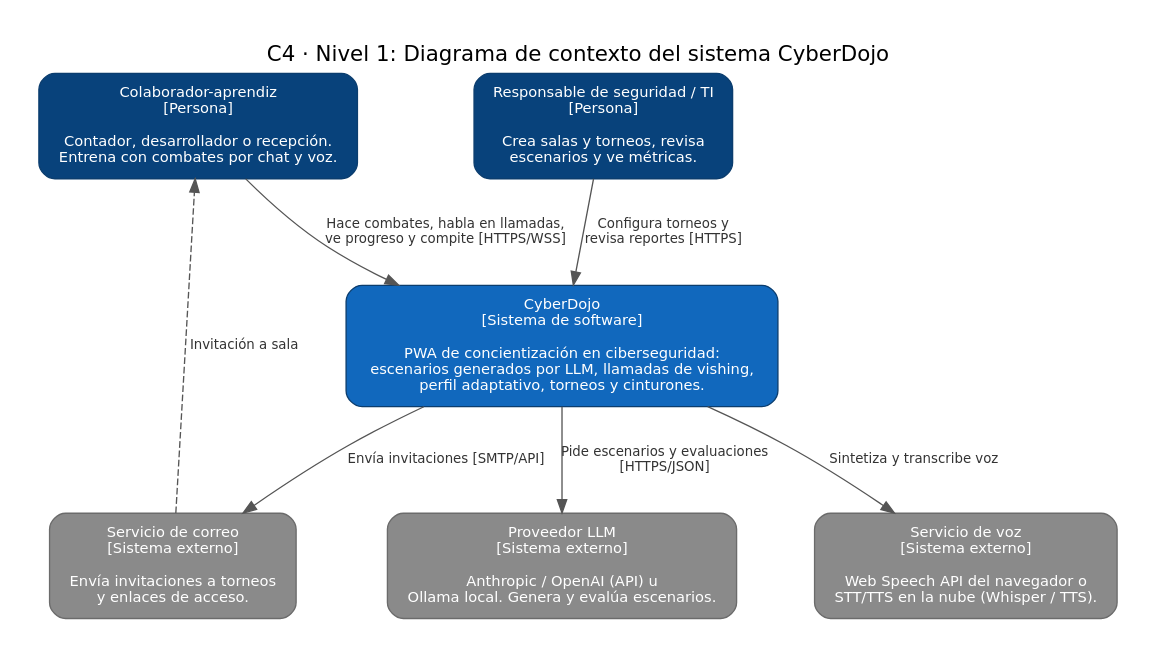
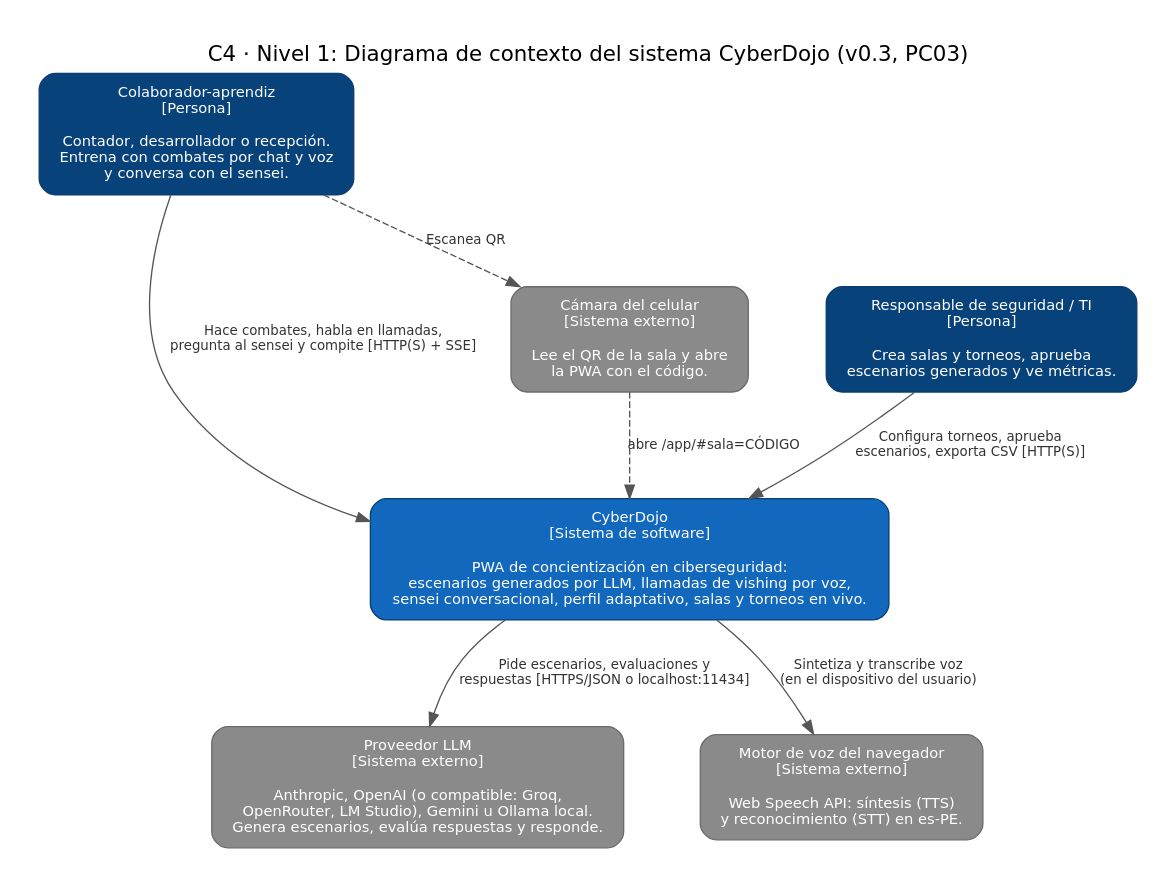
Before and after one commit to FloresVillar/cc451-IHC-grupo15-cyberdojo: the diagram in docs/diagramas/c4-contexto.dot, drawn with Graphviz. The commit also changed 8 other files, not shown here.

```diff
--- a/docs/diagramas/c4-contexto.dot
+++ b/docs/diagramas/c4-contexto.dot
@@ -1,17 +1,16 @@
 digraph C4 {
-  graph [rankdir=TB, fontname="DejaVu Sans", bgcolor=white, pad=0.3, nodesep=0.8, ranksep=0.8, label="C4 · Nivel 1: Diagrama de contexto del sistema CyberDojo", labelloc=t, fontsize=16];
+  graph [rankdir=TB, fontname="DejaVu Sans", bgcolor=white, pad=0.3, nodesep=0.8, ranksep=0.8, label="C4 · Nivel 1: Diagrama de contexto del sistema CyberDojo (v0.3, PC03)", labelloc=t, fontsize=16];
   node [shape=box, style="rounded,filled", fontname="DejaVu Sans", fontsize=11, fontcolor=white, color="#0b3d6e", margin="0.2,0.12"];
   edge [fontname="DejaVu Sans", fontsize=10, color="#555555", fontcolor="#333333"];
-  colab [label="Colaborador-aprendiz\n[Persona]\n\nContador, desarrollador o recepción.\nEntrena con combates por chat y voz.", fillcolor="#08427b"];
-  admin [label="Responsable de seguridad / TI\n[Persona]\n\nCrea salas y torneos, revisa\nescenarios y ve métricas.", fillcolor="#08427b"];
-  sys [label="CyberDojo\n[Sistema de software]\n\nPWA de concientización en ciberseguridad:\nescenarios generados por LLM, llamadas de vishing,\nperfil adaptativo, torneos y cinturones.", fillcolor="#1168bd", width=4.5];
-  llm [label="Proveedor LLM\n[Sistema externo]\n\nAnthropic / OpenAI (API) u\nOllama local. Genera y evalúa escenarios.", fillcolor="#8a8a8a", color="#6b6b6b"];
-  voz [label="Servicio de voz\n[Sistema externo]\n\nWeb Speech API del navegador o\nSTT/TTS en la nube (Whisper / TTS).", fillcolor="#8a8a8a", color="#6b6b6b"];
-  mail [label="Servicio de correo\n[Sistema externo]\n\nEnvía invitaciones a torneos\ny enlaces de acceso.", fillcolor="#8a8a8a", color="#6b6b6b"];
-  colab -> sys [label="Hace combates, habla en llamadas,\nve progreso y compite [HTTPS/WSS]"];
-  admin -> sys [label="Configura torneos y\nrevisa reportes [HTTPS]"];
-  sys -> llm [label="Pide escenarios y evaluaciones\n[HTTPS/JSON]"];
-  sys -> voz [label="Sintetiza y transcribe voz"];
-  sys -> mail [label="Envía invitaciones [SMTP/API]"];
-  mail -> colab [label="Invitación a sala", style=dashed];
+  colab [label="Colaborador-aprendiz\n[Persona]\n\nContador, desarrollador o recepción.\nEntrena con combates por chat y voz\ny conversa con el sensei.", fillcolor="#08427b"];
+  admin [label="Responsable de seguridad / TI\n[Persona]\n\nCrea salas y torneos, aprueba\nescenarios generados y ve métricas.", fillcolor="#08427b"];
+  sys [label="CyberDojo\n[Sistema de software]\n\nPWA de concientización en ciberseguridad:\nescenarios generados por LLM, llamadas de vishing por voz,\nsensei conversacional, perfil adaptativo, salas y torneos en vivo.", fillcolor="#1168bd", width=4.8];
+  llm [label="Proveedor LLM\n[Sistema externo]\n\nAnthropic, OpenAI (o compatible: Groq,\nOpenRouter, LM Studio), Gemini u Ollama local.\nGenera escenarios, evalúa respuestas y responde.", fillcolor="#8a8a8a", color="#6b6b6b"];
+  voz [label="Motor de voz del navegador\n[Sistema externo]\n\nWeb Speech API: síntesis (TTS)\ny reconocimiento (STT) en es-PE.", fillcolor="#8a8a8a", color="#6b6b6b"];
+  cam [label="Cámara del celular\n[Sistema externo]\n\nLee el QR de la sala y abre\nla PWA con el código.", fillcolor="#8a8a8a", color="#6b6b6b"];
+  colab -> sys [label="Hace combates, habla en llamadas,\npregunta al sensei y compite [HTTP(S) + SSE]"];
+  admin -> sys [label="Configura torneos, aprueba\nescenarios, exporta CSV [HTTP(S)]"];
+  sys -> llm [label="Pide escenarios, evaluaciones y\nrespuestas [HTTPS/JSON o localhost:11434]"];
+  sys -> voz [label="Sintetiza y transcribe voz\n(en el dispositivo del usuario)"];
+  colab -> cam [label="Escanea QR", style=dashed]; cam -> sys [label="abre /app/#sala=CÓDIGO", style=dashed];
 }
```
